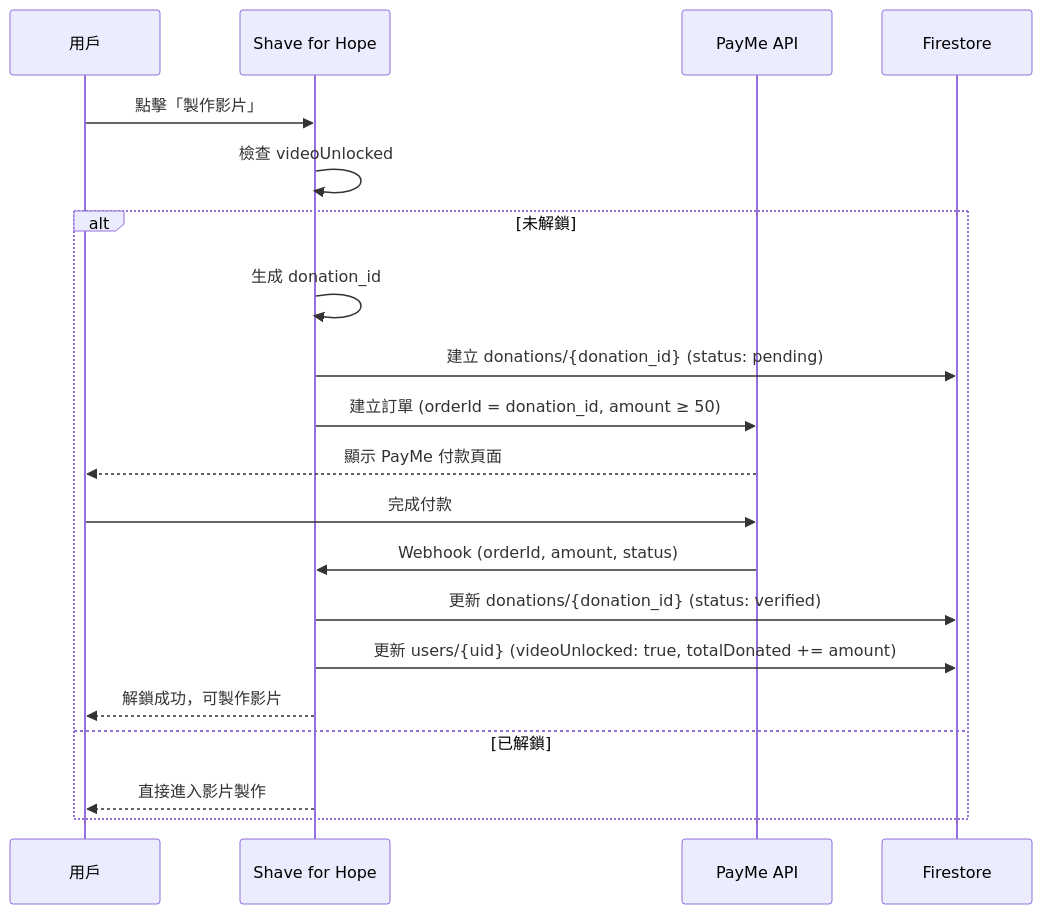
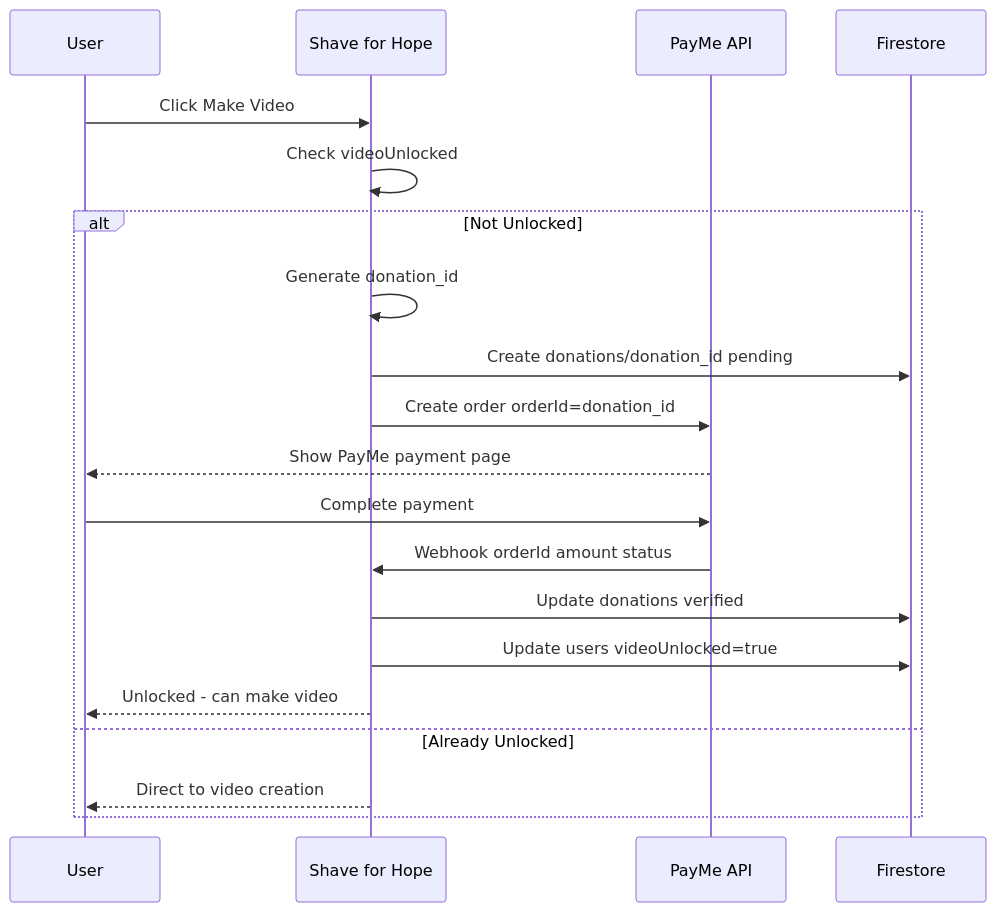
Before and after one commit to ZorroCheng-MC/sharehub: the fifth of 7 diagrams in documents/2026-01-06-ccf-shave-for-hope-technical-plan.md, drawn with Mermaid. The commit also changed other lines of this file, not shown here.

Commit message:
Fix Mermaid diagram syntax for GitHub Pages rendering

````diff
--- a/documents/2026-01-06-ccf-shave-for-hope-technical-plan.md
+++ b/documents/2026-01-06-ccf-shave-for-hope-technical-plan.md
@@ -415,23 +407,23 @@
 ```mermaid
 sequenceDiagram
-    participant U as 用戶
+    participant U as User
     participant App as Shave for Hope
     participant PM as PayMe API
     participant FS as Firestore
 
-    U->>App: 點擊「製作影片」
-    App->>App: 檢查 videoUnlocked
-    alt 未解鎖
-        App->>App: 生成 donation_id
-        App->>FS: 建立 donations/{donation_id} (status: pending)
-        App->>PM: 建立訂單 (orderId = donation_id, amount ≥ 50)
-        PM-->>U: 顯示 PayMe 付款頁面
-        U->>PM: 完成付款
-        PM->>App: Webhook (orderId, amount, status)
-        App->>FS: 更新 donations/{donation_id} (status: verified)
-        App->>FS: 更新 users/{uid} (videoUnlocked: true, totalDonated += amount)
-        App-->>U: 解鎖成功，可製作影片
-    else 已解鎖
-        App-->>U: 直接進入影片製作
+    U->>App: Click Make Video
+    App->>App: Check videoUnlocked
+    alt Not Unlocked
+        App->>App: Generate donation_id
+        App->>FS: Create donations/donation_id pending
+        App->>PM: Create order orderId=donation_id
+        PM-->>U: Show PayMe payment page
+        U->>PM: Complete payment
+        PM->>App: Webhook orderId amount status
+        App->>FS: Update donations verified
+        App->>FS: Update users videoUnlocked=true
+        App-->>U: Unlocked - can make video
+    else Already Unlocked
+        App-->>U: Direct to video creation
     end
 ```
````
